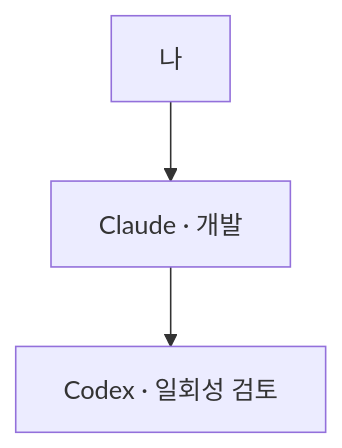
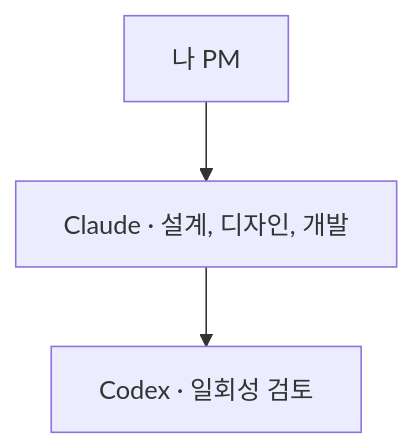
The first of 2 diagrams in src/content/posts/2026-10-17-claude-codex-collaboration.md (urunimi/urunimi.github.io), drawn with Mermaid before and after one commit. The commit also changed other lines of this file and 3 other files, not shown here.

Commit message:
docs: refine Claude and Codex collaboration post (#15)

````diff
--- a/src/content/posts/2026-10-17-claude-codex-collaboration.md
+++ b/src/content/posts/2026-10-17-claude-codex-collaboration.md
@@ -43,4 +76,4 @@
 ```mermaid
 graph TB
-U[나]-->C[Claude · 개발]-->X[Codex · 일회성 검토]
+U[나 PM]-->C[Claude · 설계, 디자인, 개발]-->X[Codex · 일회성 검토]
 ```
````
